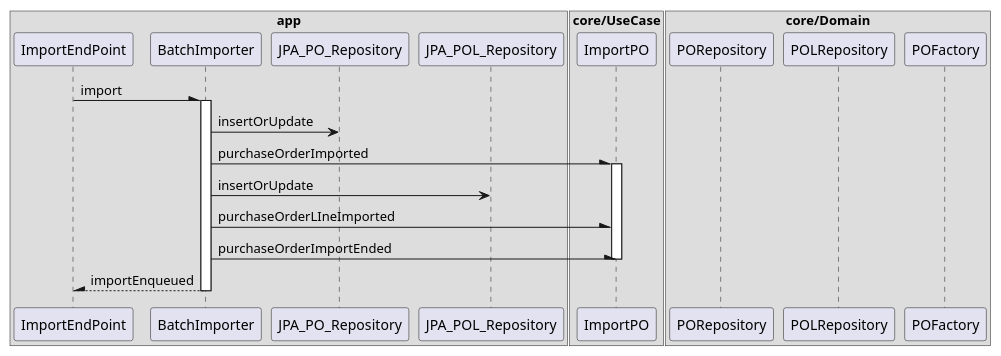
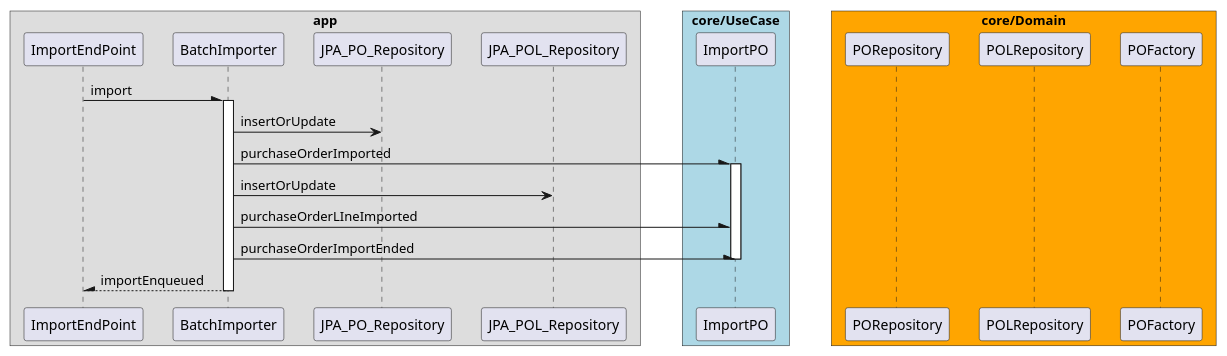
One commit to karbonfw/purchaseorderdoc changed the diagram in diagrams/import_po/import_po.puml. Above: the diagram before and after it, drawn with PlantUML. The commit also changed 5 other files, not shown here.

Commit message:
Seq. diagramms adjusted to distinguish between app/core/domain

```diff
--- a/diagrams/import_po/import_po.puml
+++ b/diagrams/import_po/import_po.puml
@@ -1,27 +1,29 @@
 @startuml
+skinparam ParticipantPadding 10
+skinparam BoxPadding 20
 box "app"
   participant ImportEndPoint
   participant BatchImporter
   participant JPA_PO_Repository
   participant JPA_POL_Repository
 end box
-box "core/UseCase"
+box "core/UseCase" #LightBlue
   participant ImportPO
 end box
-box "core/Domain"
+box "core/Domain" #Orange
   participant PORepository
   participant POLRepository
   participant POFactory
 end box
 
 ImportEndPoint -\ BatchImporter: import
 activate BatchImporter
   BatchImporter -> JPA_PO_Repository: insertOrUpdate
   BatchImporter -\ ImportPO: purchaseOrderImported
   activate ImportPO
     BatchImporter -> JPA_POL_Repository: insertOrUpdate
     BatchImporter -\ ImportPO: purchaseOrderLIneImported
     BatchImporter -\ ImportPO: purchaseOrderImportEnded
   deactivate ImportPO
 return importEnqueued
 @enduml
```
